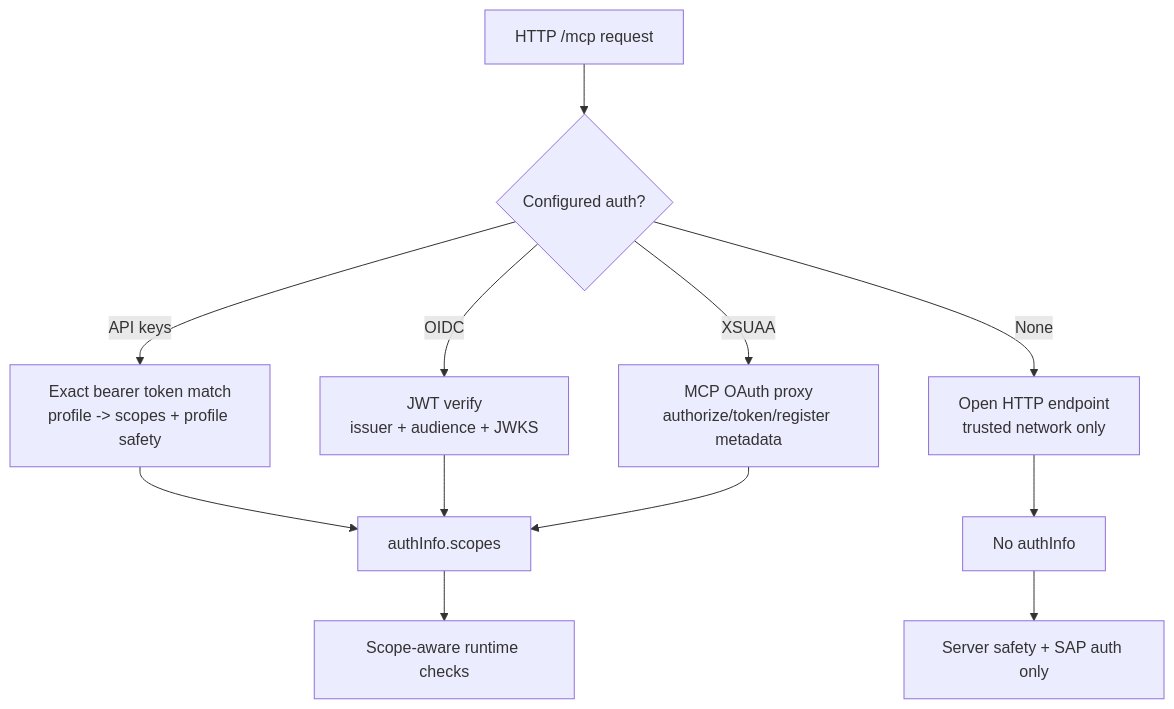
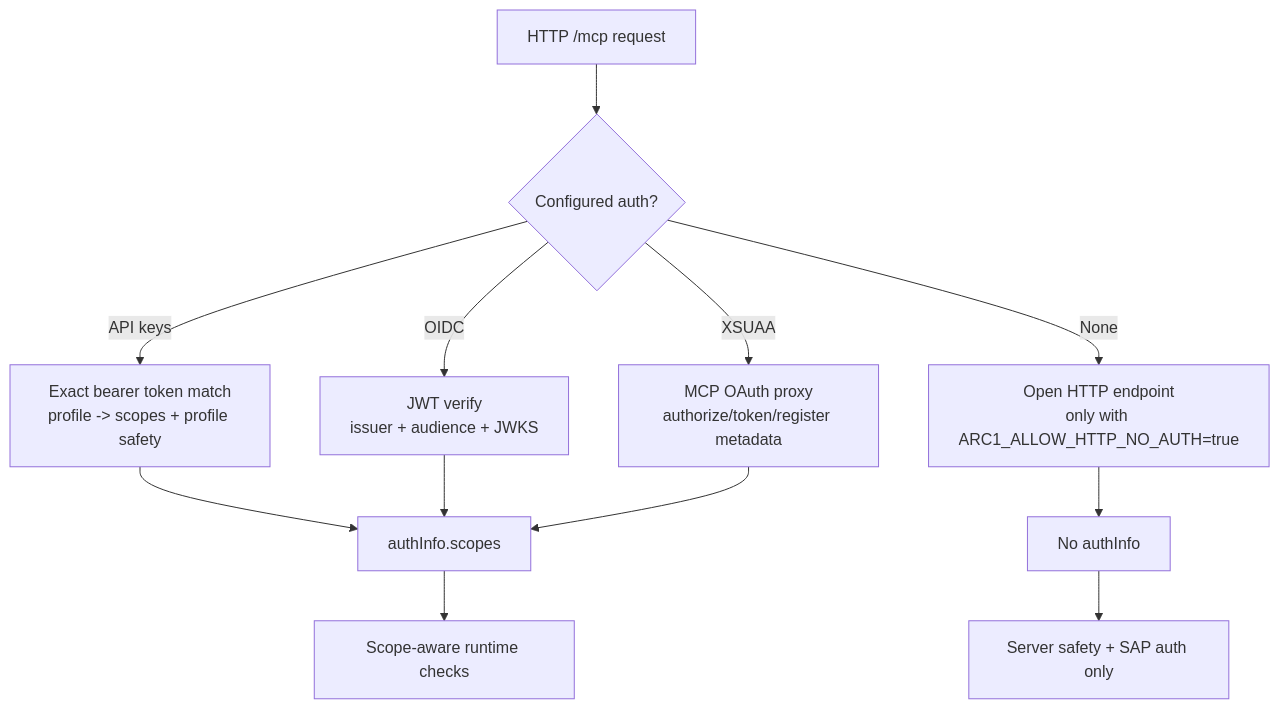
Before and after one commit to arc-mcp/arc-1: the fourth of 8 diagrams in docs_page/architecture.md, drawn with Mermaid. The commit also changed other lines of this file and 6 other files, not shown here.

````diff
--- a/docs_page/architecture.md
+++ b/docs_page/architecture.md
@@ -253,16 +253,16 @@
 ```mermaid
 flowchart TD
     Request[HTTP /mcp request] --> AuthMode{Configured auth?}
     AuthMode -->|API keys| ApiKey[Exact bearer token match<br/>profile -> scopes + profile safety]
     AuthMode -->|OIDC| OIDC[JWT verify<br/>issuer + audience + JWKS]
     AuthMode -->|XSUAA| XSUAA[MCP OAuth proxy<br/>authorize/token/register metadata]
-    AuthMode -->|None| Open[Open HTTP endpoint<br/>trusted network only]
+    AuthMode -->|None| Open[Open HTTP endpoint<br/>only with ARC1_ALLOW_HTTP_NO_AUTH=true]
 
     ApiKey --> AuthInfo[authInfo.scopes]
     OIDC --> AuthInfo
     XSUAA --> AuthInfo
     Open --> NoAuth[No authInfo]
 
     AuthInfo --> ScopeCheck[Scope-aware runtime checks]
     NoAuth --> SafetyOnly[Server safety + SAP auth only]
 ```
````
